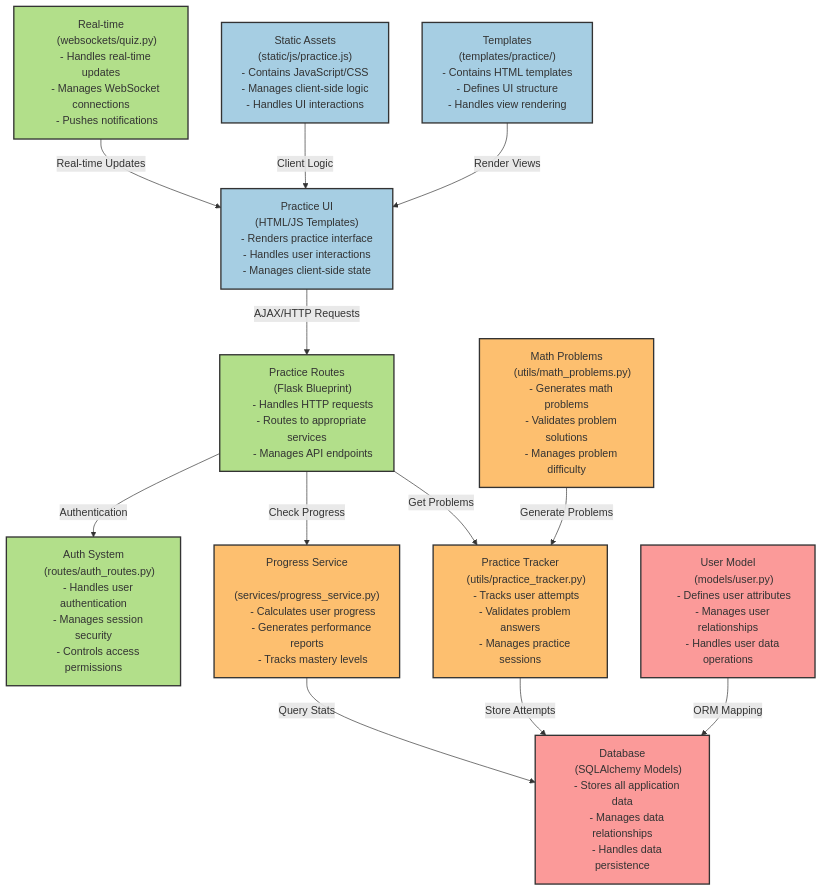
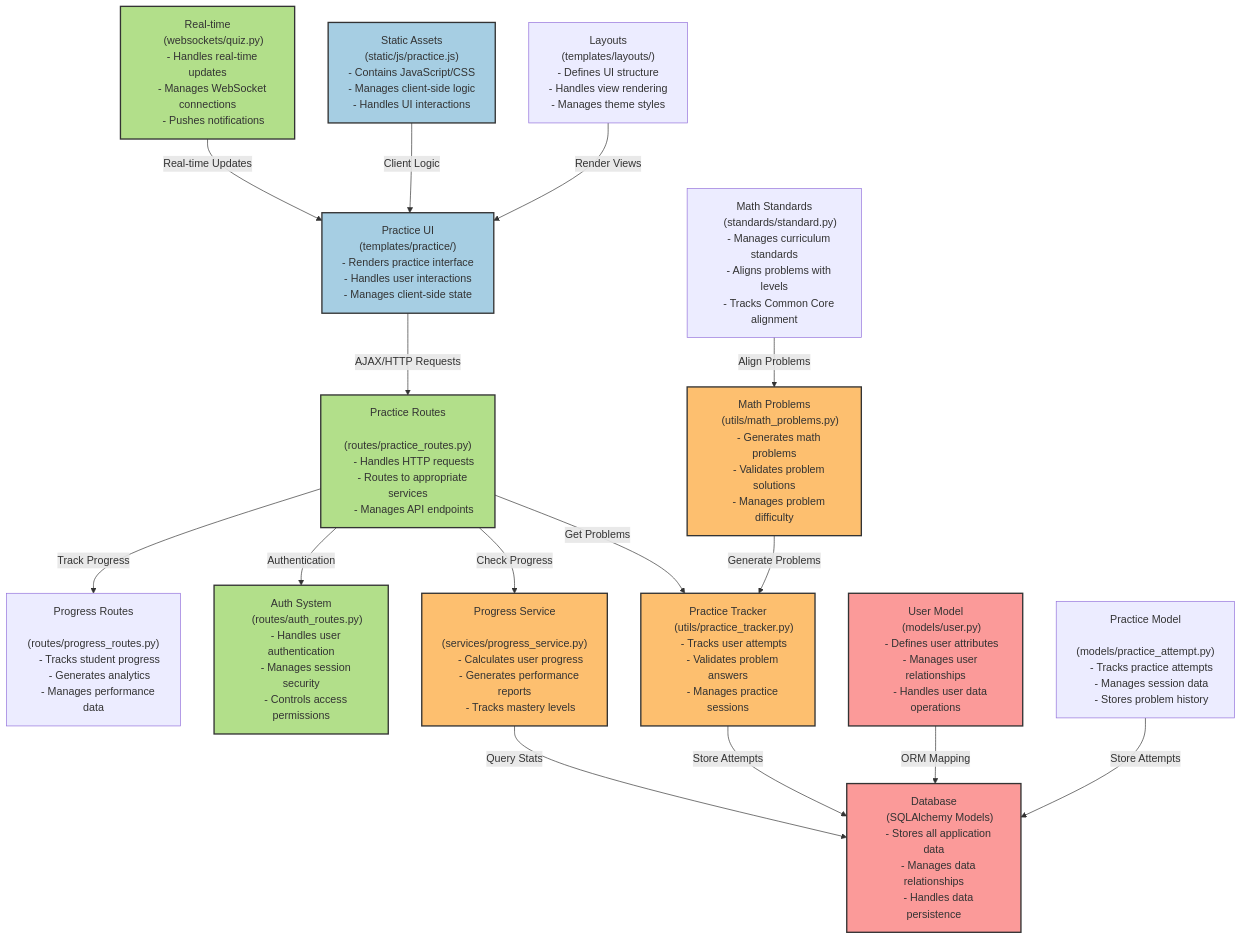
One commit to KennethWeiss/MathFluency changed the diagram in practice_system.mmd. Above: the diagram before and after it, drawn with Mermaid. The commit also changed 2 other files, not shown here.

Commit message:
Update practice system architecture diagram and README for improved clarity and structure

```diff
--- a/practice_system.mmd
+++ b/practice_system.mmd
@@ -1,97 +1,118 @@
 %% Practice System Architecture Diagram
 flowchart TD
     %% UI Layer
     PracticeUI["Practice UI
-    (HTML/JS Templates)
+    (templates/practice/)
     - Renders practice interface
     - Handles user interactions
     - Manages client-side state"]
-    
-    Templates["Templates
-    (templates/practice/)
-    - Contains HTML templates
-    - Defines UI structure
-    - Handles view rendering"]
     
     StaticAssets["Static Assets
     (static/js/practice.js)
     - Contains JavaScript/CSS
     - Manages client-side logic
     - Handles UI interactions"]
     
+    Layouts["Layouts
+    (templates/layouts/)
+    - Defines UI structure
+    - Handles view rendering
+    - Manages theme styles"]
+    
     %% Application Layer
     PracticeRoutes["Practice Routes
-    (Flask Blueprint)
+    (routes/practice_routes.py)
     - Handles HTTP requests
     - Routes to appropriate services
     - Manages API endpoints"]
     
     AuthSystem["Auth System
     (routes/auth_routes.py)
     - Handles user authentication
     - Manages session security
     - Controls access permissions"]
     
     WebSockets["Real-time
     (websockets/quiz.py)
     - Handles real-time updates
     - Manages WebSocket connections
     - Pushes notifications"]
+    
+    ProgressRoutes["Progress Routes
+    (routes/progress_routes.py)
+    - Tracks student progress
+    - Generates analytics
+    - Manages performance data"]
     
     %% Service Layer
     PracticeTracker["Practice Tracker
     (utils/practice_tracker.py)
     - Tracks user attempts
     - Validates problem answers
     - Manages practice sessions"]
     
     ProgressService["Progress Service
     (services/progress_service.py)
     - Calculates user progress
     - Generates performance reports
     - Tracks mastery levels"]
     
     MathProblems["Math Problems
     (utils/math_problems.py)
     - Generates math problems
     - Validates problem solutions
     - Manages problem difficulty"]
     
+    Standards["Math Standards
+    (standards/standard.py)
+    - Manages curriculum standards
+    - Aligns problems with levels
+    - Tracks Common Core alignment"]
+    
     %% Data Layer
     Database["Database
     (SQLAlchemy Models)
     - Stores all application data
     - Manages data relationships
     - Handles data persistence"]
     
     UserModel["User Model
     (models/user.py)
     - Defines user attributes
     - Manages user relationships
     - Handles user data operations"]
     
+    PracticeModel["Practice Model
+    (models/practice_attempt.py)
+    - Tracks practice attempts
+    - Manages session data
+    - Stores problem history"]
+    
     %% Relationships
     PracticeUI -->|AJAX/HTTP Requests| PracticeRoutes
-    Templates -->|Render Views| PracticeUI
+    Layouts -->|Render Views| PracticeUI
     StaticAssets -->|Client Logic| PracticeUI
     WebSockets -->|Real-time Updates| PracticeUI
     
     PracticeRoutes -->|Get Problems| PracticeTracker
     PracticeRoutes -->|Check Progress| ProgressService
     PracticeRoutes -->|Authentication| AuthSystem
+    PracticeRoutes -->|Track Progress| ProgressRoutes
     
     PracticeTracker -->|Store Attempts| Database
     ProgressService -->|Query Stats| Database
     MathProblems -->|Generate Problems| PracticeTracker
+    Standards -->|Align Problems| MathProblems
     UserModel -->|ORM Mapping| Database
+    PracticeModel -->|Store Attempts| Database
     
     %% Styling
     classDef uiLayer fill:#a6cee3,stroke:#333,stroke-width:2px
     classDef appLayer fill:#b2df8a,stroke:#333,stroke-width:2px
     classDef serviceLayer fill:#fdbf6f,stroke:#333,stroke-width:2px
     classDef dataLayer fill:#fb9a99,stroke:#333,stroke-width:2px
     
     class PracticeUI,Templates,StaticAssets uiLayer
     class PracticeRoutes,AuthSystem,WebSockets appLayer
     class PracticeTracker,ProgressService,MathProblems serviceLayer
     class Database,UserModel dataLayer
```
